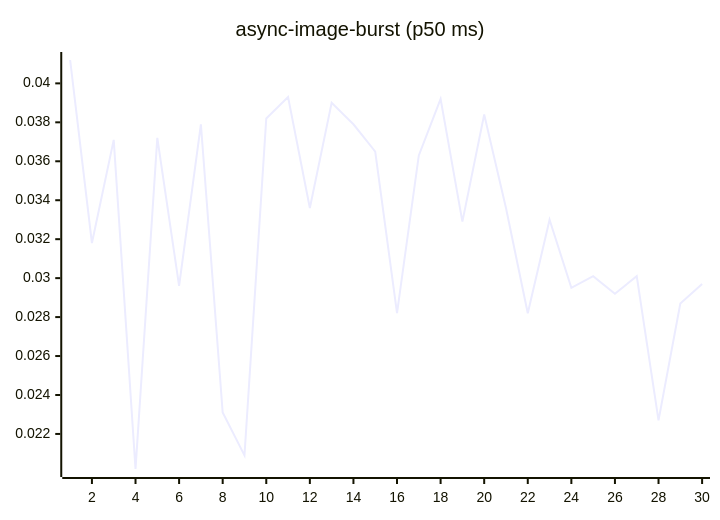
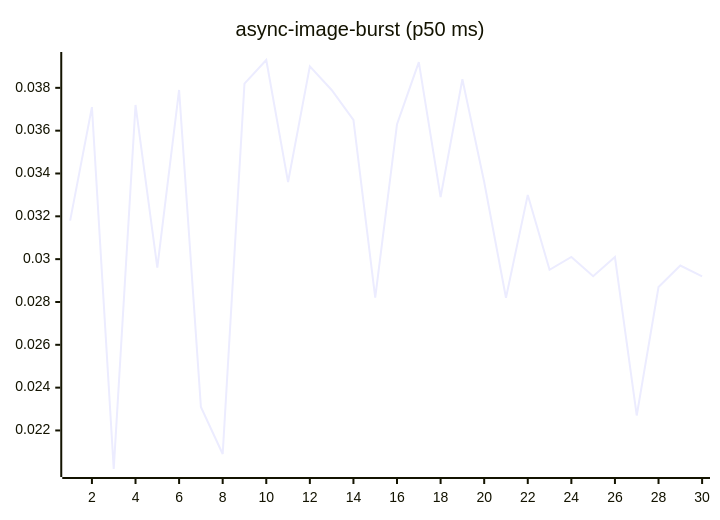
One commit to josha/Facet changed the fourth of 27 diagrams in README.md. Above: the diagram before and after it, drawn with Mermaid. The commit also changed other lines of this file and 2 other files, not shown here.

````diff
--- a/README.md
+++ b/README.md
@@ -84,6 +84,6 @@
 ```mermaid
 xychart-beta
     title "async-image-burst (p50 ms)"
     x-axis 1 --> 30
-    line [0.0412, 0.0318, 0.0371, 0.0202, 0.0372, 0.0296, 0.0379, 0.0231, 0.0209, 0.0382, 0.0393, 0.0336, 0.0390, 0.0379, 0.0365, 0.0282, 0.0363, 0.0392, 0.0329, 0.0384, 0.0336, 0.0282, 0.0330, 0.0295, 0.0301, 0.0292, 0.0301, 0.0227, 0.0287, 0.0297]
+    line [0.0318, 0.0371, 0.0202, 0.0372, 0.0296, 0.0379, 0.0231, 0.0209, 0.0382, 0.0393, 0.0336, 0.0390, 0.0379, 0.0365, 0.0282, 0.0363, 0.0392, 0.0329, 0.0384, 0.0336, 0.0282, 0.0330, 0.0295, 0.0301, 0.0292, 0.0301, 0.0227, 0.0287, 0.0297, 0.0292]
 ```
````
